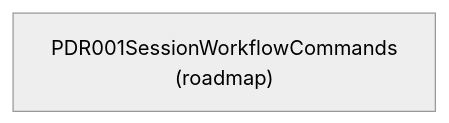
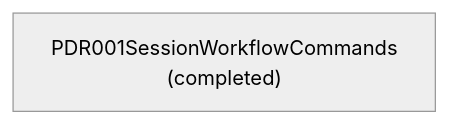
The second of 6 diagrams in docs-live/design-review/by-theme.md (libar-dev/architect), drawn with Mermaid (neutral theme) before and after one commit. The commit also changed other lines of this file and 240 other files, not shown here.

````diff
--- a/docs-live/design-review/by-theme.md
+++ b/docs-live/design-review/by-theme.md
@@ -32,4 +32,4 @@
 ```mermaid
 graph TD
-  pdr001sessionworkflowcommands["PDR001SessionWorkflowCommands<br/>(roadmap)"]
+  pdr001sessionworkflowcommands["PDR001SessionWorkflowCommands<br/>(completed)"]
 ```
````
